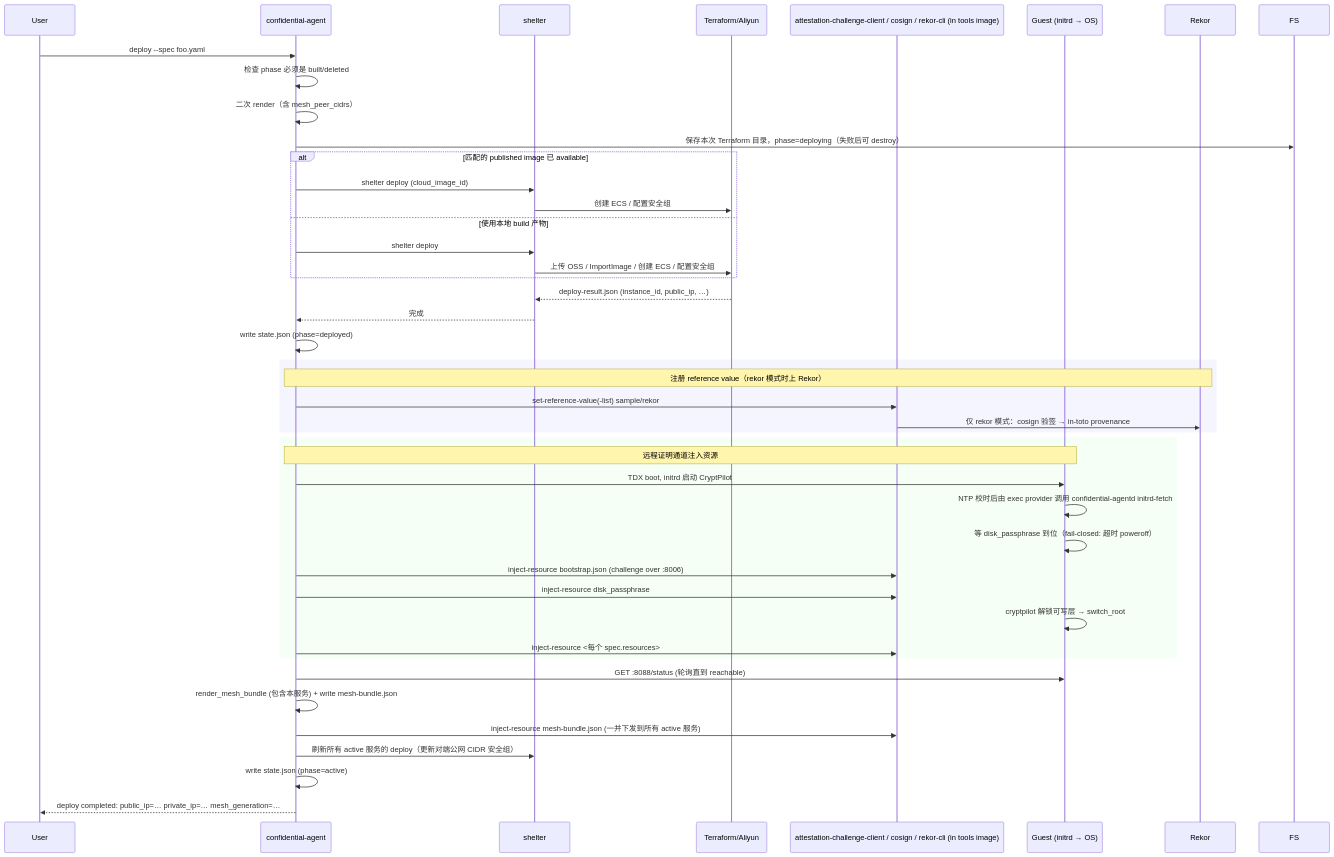
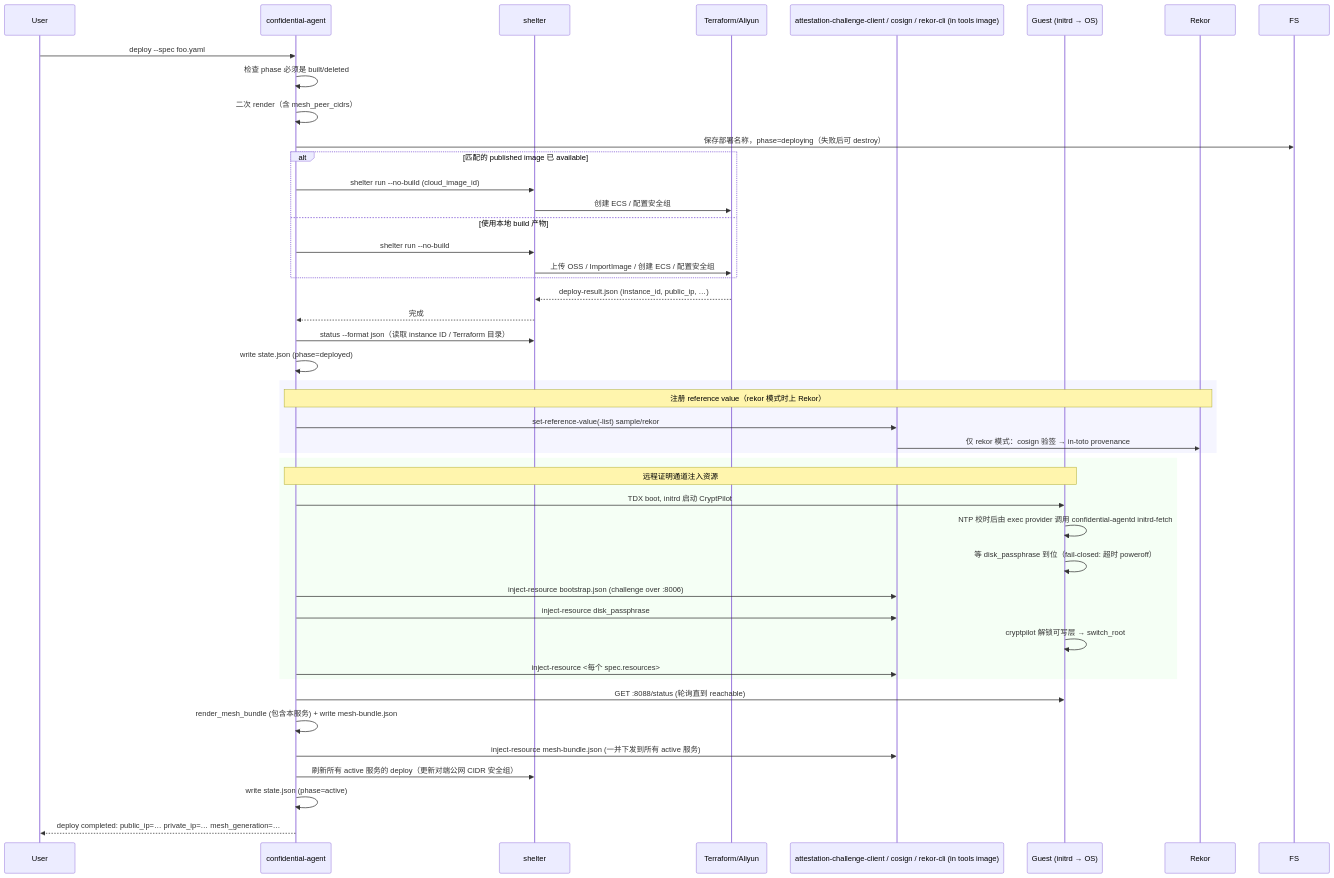
Before and after one commit to wdsun1008/confidential-agent: the fourth of 7 diagrams in docs/architecture.md, drawn with Mermaid. The commit also changed other lines of this file and 4 other files, not shown here.

````diff
--- a/docs/architecture.md
+++ b/docs/architecture.md
@@ -96,49 +96,50 @@
 ```mermaid
 sequenceDiagram
     participant U as User
     participant CLI as confidential-agent
     participant SHB as shelter
     participant TF as Terraform/Aliyun
     participant ACC as attestation-challenge-client / cosign / rekor-cli (in tools image)
     participant G as Guest (initrd → OS)
     participant Rekor as Rekor
 
     U->>CLI: deploy --spec foo.yaml
     CLI->>CLI: 检查 phase 必须是 built/deleted
     CLI->>CLI: 二次 render（含 mesh_peer_cidrs）
-    CLI->>FS: 保存本次 Terraform 目录，phase=deploying（失败后可 destroy）
+    CLI->>FS: 保存部署名称，phase=deploying（失败后可 destroy）
     alt 匹配的 published image 已 available
-        CLI->>SHB: shelter deploy (cloud_image_id)
+        CLI->>SHB: shelter run --no-build (cloud_image_id)
         SHB->>TF: 创建 ECS / 配置安全组
     else 使用本地 build 产物
-        CLI->>SHB: shelter deploy
+        CLI->>SHB: shelter run --no-build
         SHB->>TF: 上传 OSS / ImportImage / 创建 ECS / 配置安全组
     end
     TF-->>SHB: deploy-result.json (instance_id, public_ip, …)
     SHB-->>CLI: 完成
+    CLI->>SHB: status --format json（读取 instance ID / Terraform 目录）
     CLI->>CLI: write state.json (phase=deployed)
 
     rect rgb(245,245,255)
     note over CLI,Rekor: 注册 reference value（rekor 模式时上 Rekor）
     CLI->>ACC: set-reference-value(-list) sample/rekor
     ACC->>Rekor: 仅 rekor 模式：cosign 验签 → in-toto provenance
     end
 
     rect rgb(245,255,245)
     note over CLI,G: 远程证明通道注入资源
     CLI->>G: TDX boot, initrd 启动 CryptPilot
     G->>G: NTP 校时后由 exec provider 调用 confidential-agentd initrd-fetch
     G->>G: 等 disk_passphrase 到位（fail-closed: 超时 poweroff）
     CLI->>ACC: inject-resource bootstrap.json (challenge over :8006)
     CLI->>ACC: inject-resource disk_passphrase
     G->>G: cryptpilot 解锁可写层 → switch_root
     CLI->>ACC: inject-resource <每个 spec.resources>
     end
 
     CLI->>G: GET :8088/status (轮询直到 reachable)
     CLI->>CLI: render_mesh_bundle (包含本服务) + write mesh-bundle.json
     CLI->>ACC: inject-resource mesh-bundle.json (一并下发到所有 active 服务)
     CLI->>SHB: 刷新所有 active 服务的 deploy（更新对端公网 CIDR 安全组）
     CLI->>CLI: write state.json (phase=active)
     CLI-->>U: deploy completed: public_ip=… private_ip=… mesh_generation=…
 ```
````
